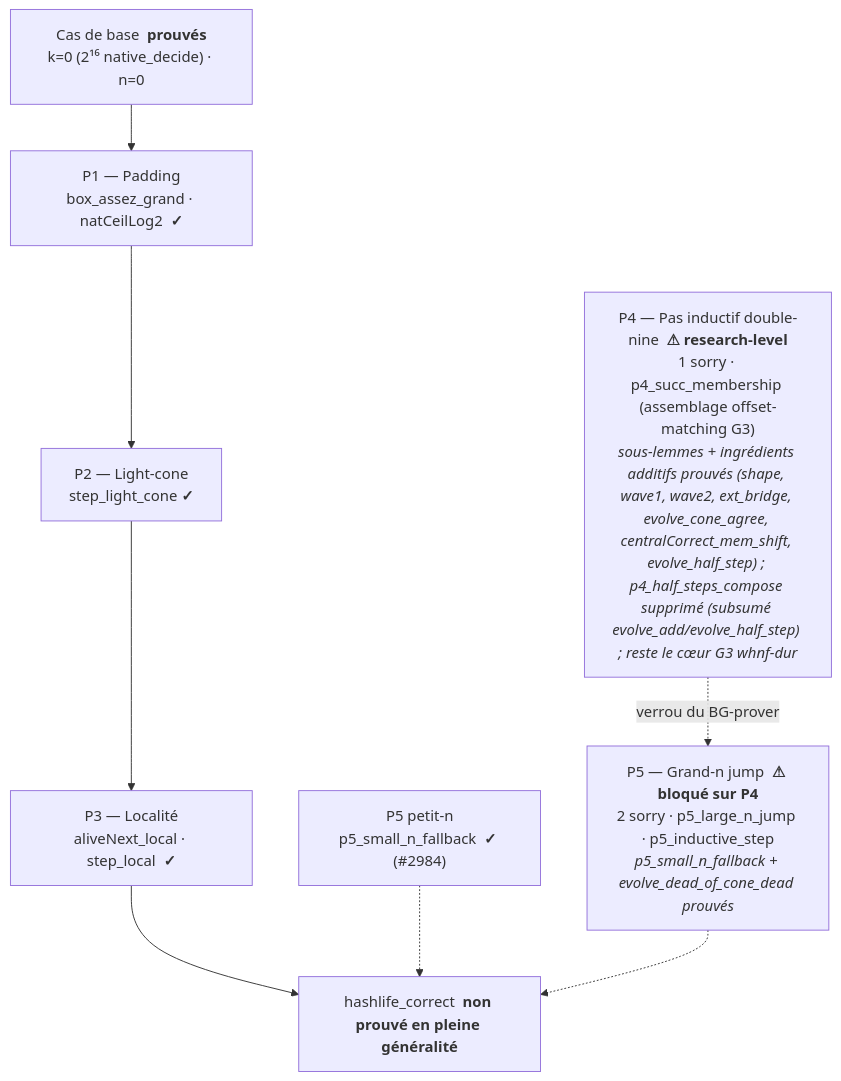
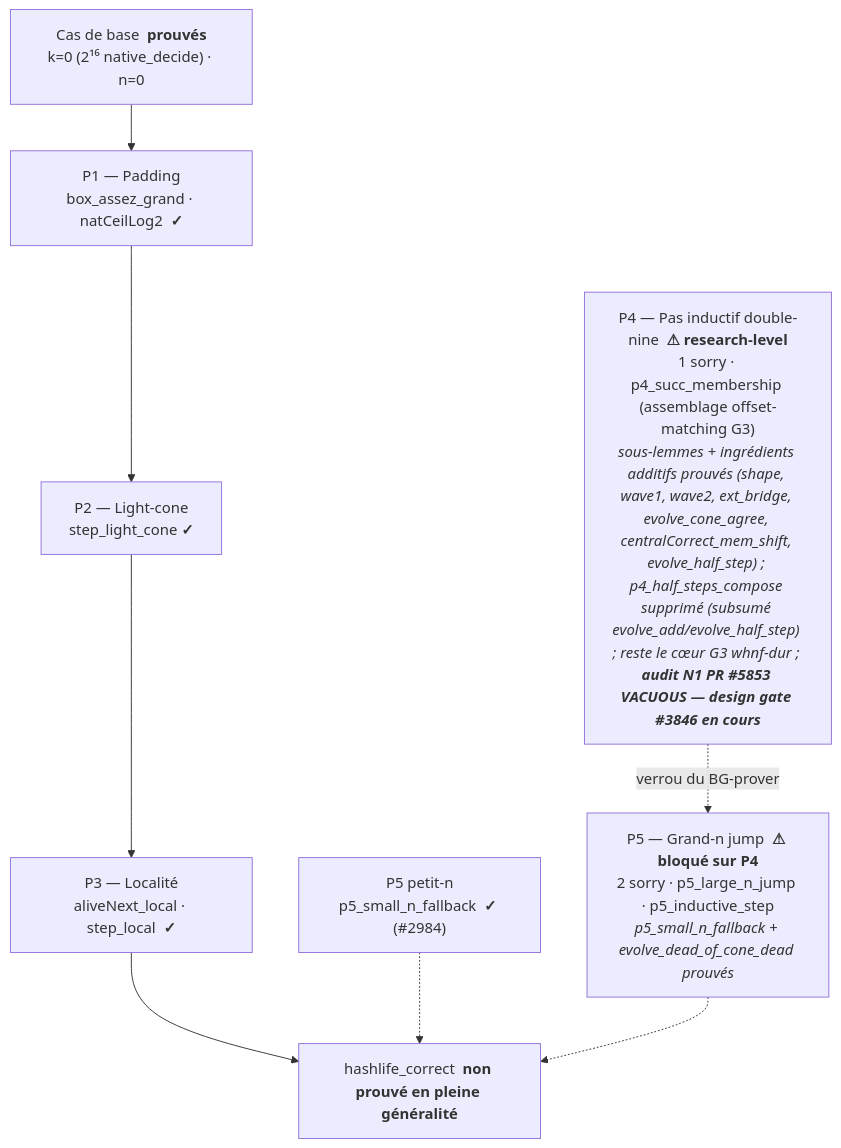
The second of 2 diagrams in MyIA.AI.Notebooks/SymbolicAI/Lean/conway_lean/README.md (jsboige/CoursIA), drawn with Mermaid before and after one commit. The commit also changed other lines of this file and 1 other file, not shown here.

First line of the commit message:
docs(conway-lean): refresh README status — audit N1 PR #5853 + design gate #3846

````diff
--- a/MyIA.AI.Notebooks/SymbolicAI/Lean/conway_lean/README.md
+++ b/MyIA.AI.Notebooks/SymbolicAI/Lean/conway_lean/README.md
@@ -153,15 +154,15 @@
 ```mermaid
 flowchart TD
     BASE["Cas de base  <b>prouvés</b><br/>k=0 (2¹⁶ native_decide) · n=0"]
     P1["P1 — Padding<br/>box_assez_grand · natCeilLog2  <b>✓</b>"]
     P2["P2 — Light-cone<br/>step_light_cone  <b>✓</b>"]
     P3["P3 — Localité<br/>aliveNext_local · step_local  <b>✓</b>"]
     P5S["P5 petit-n<br/>p5_small_n_fallback  <b>✓</b> (#2984)"]
-    P4["P4 — Pas inductif double-nine  <b>⚠ research-level</b><br/>1 sorry · p4_succ_membership (assemblage offset-matching G3)<br/><i>sous-lemmes + ingrédients additifs prouvés (shape, wave1, wave2, ext_bridge, evolve_cone_agree, centralCorrect_mem_shift, evolve_half_step) ; p4_half_steps_compose supprimé (subsumé evolve_add/evolve_half_step) ; reste le cœur G3 whnf-dur</i>"]
+    P4["P4 — Pas inductif double-nine  <b>⚠ research-level</b><br/>1 sorry · p4_succ_membership (assemblage offset-matching G3)<br/><i>sous-lemmes + ingrédients additifs prouvés (shape, wave1, wave2, ext_bridge, evolve_cone_agree, centralCorrect_mem_shift, evolve_half_step) ; p4_half_steps_compose supprimé (subsumé evolve_add/evolve_half_step) ; reste le cœur G3 whnf-dur ; <b>audit N1 PR #5853 VACUOUS — design gate #3846 en cours</b></i>"]
     P5["P5 — Grand-n jump  <b>⚠ bloqué sur P4</b><br/>2 sorry · p5_large_n_jump · p5_inductive_step<br/><i>p5_small_n_fallback + evolve_dead_of_cone_dead prouvés</i>"]
     GOAL["hashlife_correct  <b>non prouvé en pleine généralité</b>"]
 
     BASE --> P1 --> P2 --> P3 --> GOAL
     P5S -.-> GOAL
     P4 -.->|"verrou du BG-prover"| P5 -.-> GOAL
 ```
````
